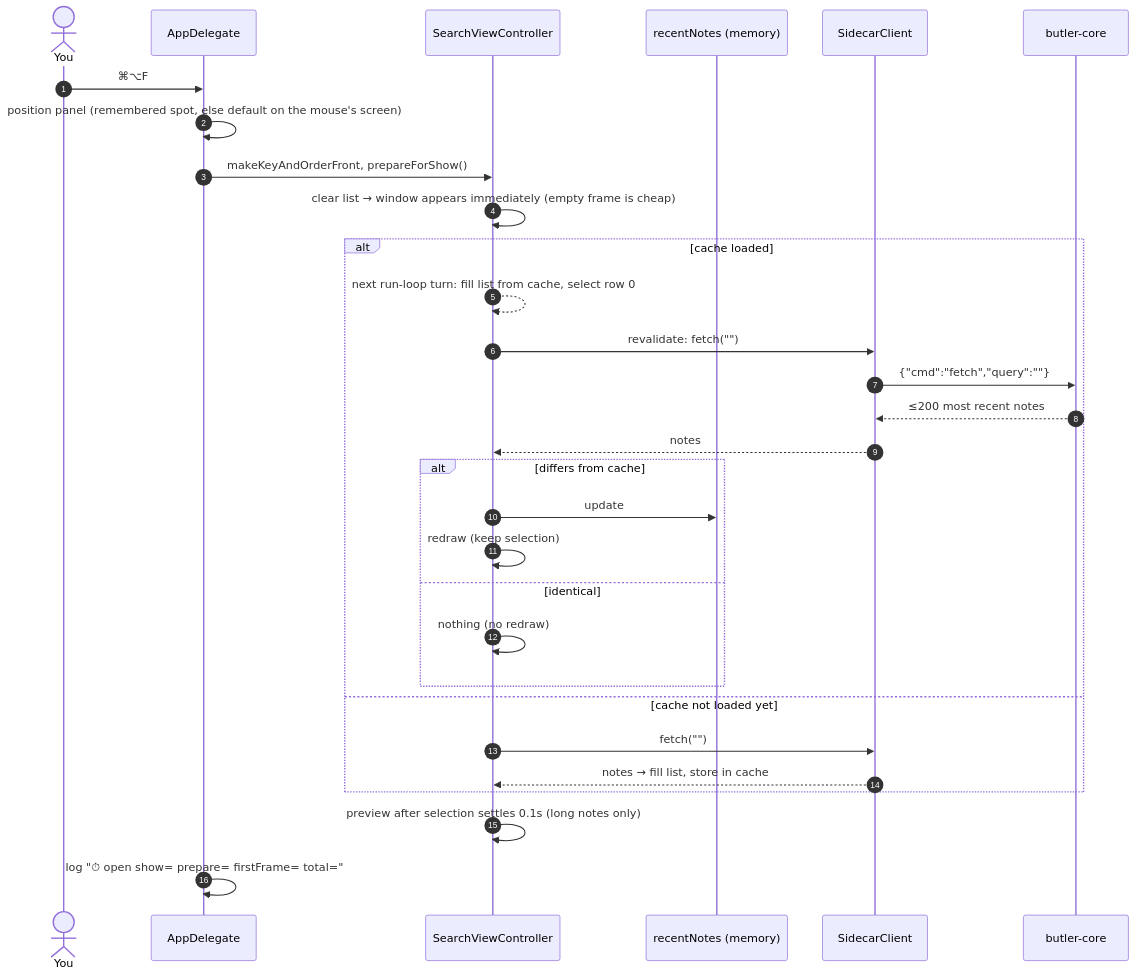
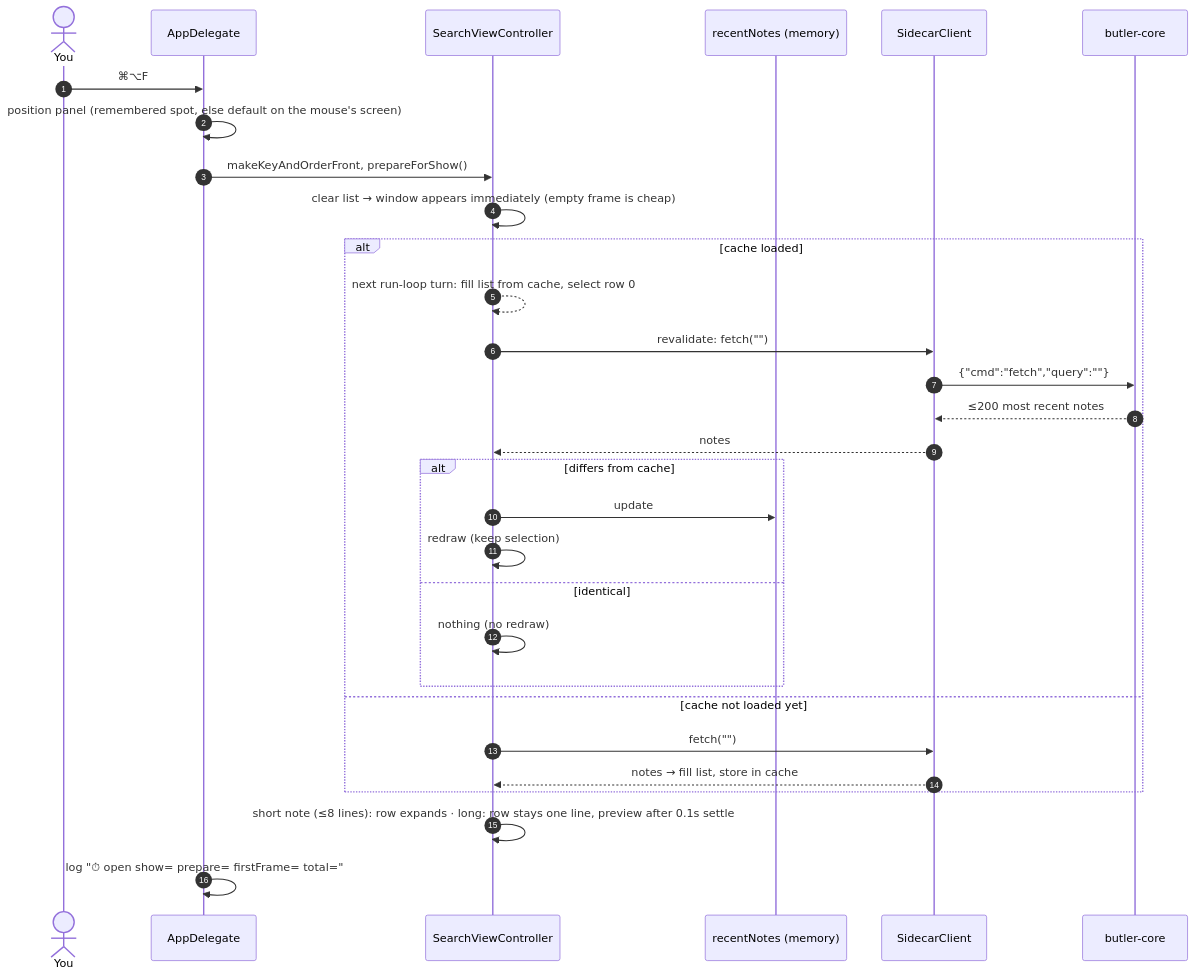
One commit to Rishabh-Hupr/note-taking changed the second of 12 diagrams in DATA_FLOW.md. Above: the diagram before and after it, drawn with Mermaid. The commit also changed 4 other files, not shown here.

````diff
--- a/DATA_FLOW.md
+++ b/DATA_FLOW.md
@@ -78,33 +78,33 @@
 ```mermaid
 sequenceDiagram
     autonumber
     actor You
     participant AD as AppDelegate
     participant SV as SearchViewController
     participant C as recentNotes (memory)
     participant SC as SidecarClient
     participant BE as butler-core
 
     You->>AD: ⌘⌥F
     AD->>AD: position panel (remembered spot, else default on the mouse's screen)
     AD->>SV: makeKeyAndOrderFront, prepareForShow()
     SV->>SV: clear list → window appears immediately (empty frame is cheap)
     alt cache loaded
         SV-->>SV: next run-loop turn: fill list from cache, select row 0
         SV->>SC: revalidate: fetch("")
         SC->>BE: {"cmd":"fetch","query":""}
         BE-->>SC: ≤200 most recent notes
         SC-->>SV: notes
         alt differs from cache
             SV->>C: update
             SV->>SV: redraw (keep selection)
         else identical
             SV->>SV: nothing (no redraw)
         end
     else cache not loaded yet
         SV->>SC: fetch("")
         SC-->>SV: notes → fill list, store in cache
     end
-    SV->>SV: preview after selection settles 0.1s (long notes only)
+    SV->>SV: short note (≤8 lines): row expands · long: row stays one line, preview after 0.1s settle
     AD->>AD: log "⏱ open show= prepare= firstFrame= total="
 ```
````
